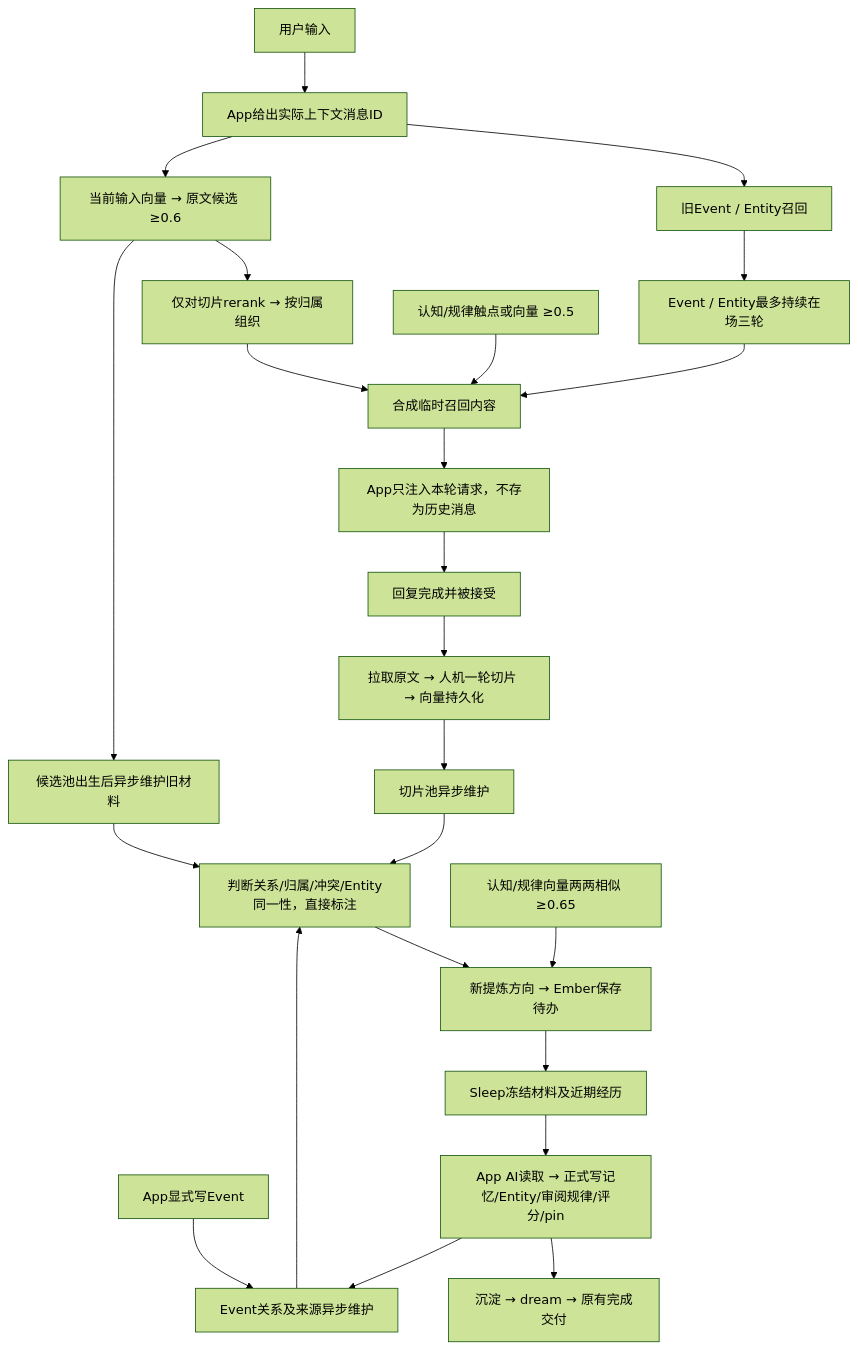
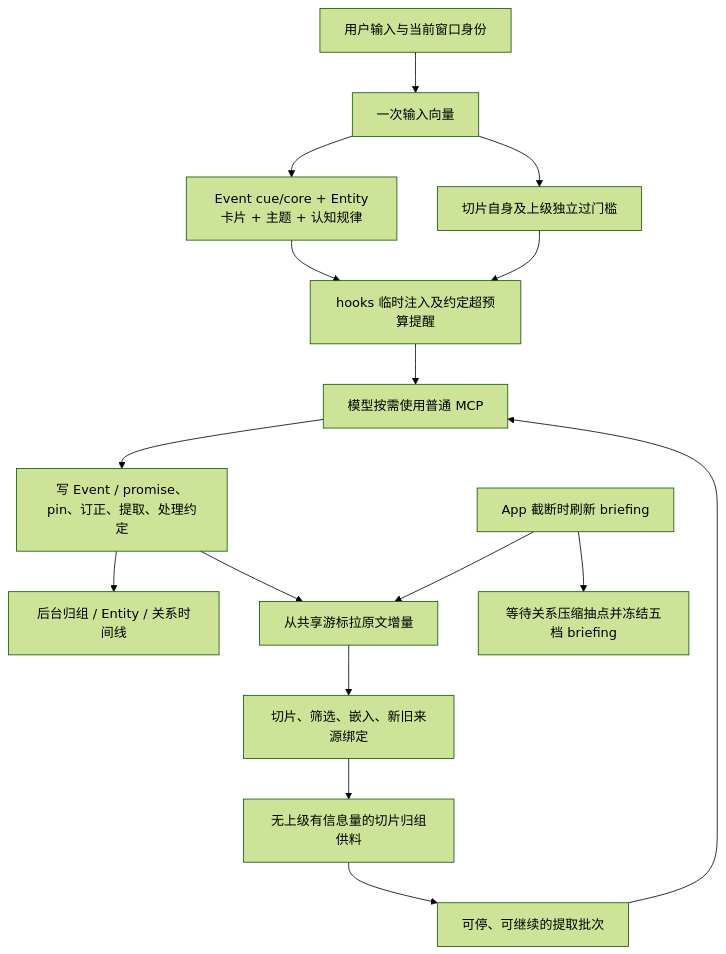
Before and after one commit to QqQin-yf/Ember: the diagram in MEMORY_LIFECYCLE_SPEC.md, drawn with Mermaid (forest theme). The commit also changed other lines of this file and 18 other files, not shown here.

````diff
--- a/MEMORY_LIFECYCLE_SPEC.md
+++ b/MEMORY_LIFECYCLE_SPEC.md
@@ -8,26 +9,18 @@
 ```mermaid
 flowchart TD
-  A[用户输入] --> B[App给出实际上下文消息ID]
-  B --> C[旧Event / Entity召回]
-  C --> D[Event / Entity最多持续在场三轮]
-  B --> E[当前输入向量 → 原文候选 ≥0.6]
-  E --> F[仅对切片rerank → 按归属组织]
-  E --> G[候选池出生后异步维护旧材料]
-  D --> H[合成临时召回内容]
-  F --> H
-  I[认知/规律触点或向量 ≥0.5] --> H
-  H --> J[App只注入本轮请求，不存为历史消息]
-  J --> K[回复完成并被接受]
-  K --> L[拉取原文 → 人机一轮切片 → 向量持久化]
-  L --> M[切片池异步维护]
-  N[App显式写Event] --> O[Event关系及来源异步维护]
-  O --> P[判断关系/归属/冲突/Entity同一性，直接标注]
-  M --> P
-  G --> P
-  P --> Q[新提炼方向 → Ember保存待办]
-  R[认知/规律向量两两相似 ≥0.65] --> Q
-  Q --> S[Sleep冻结材料及近期经历]
-  S --> T[App AI读取 → 正式写记忆/Entity/审阅规律/评分/pin]
-  T --> U[沉淀 → dream → 原有完成交付]
-  T --> O
+  A[用户输入与当前窗口身份] --> B[一次输入向量]
+  B --> C[Event cue/core + Entity卡片 + 主题 + 认知规律]
+  B --> D[切片自身及上级独立过门槛]
+  C --> E[hooks 临时注入及约定超预算提醒]
+  D --> E
+  E --> F[模型按需使用普通 MCP]
+  F --> G[写 Event / promise、pin、订正、提取、处理约定]
+  G --> H[后台归组 / Entity / 关系时间线]
+  G --> I[从共享游标拉原文增量]
+  J[App 截断时刷新 briefing] --> I
+  I --> K[切片、筛选、嵌入、新旧来源绑定]
+  K --> L[无上级有信息量的切片归组供料]
+  L --> M[可停、可继续的提取批次]
+  M --> F
+  J --> N[等待关系压缩抽点并冻结五档 briefing]
 ```
````
